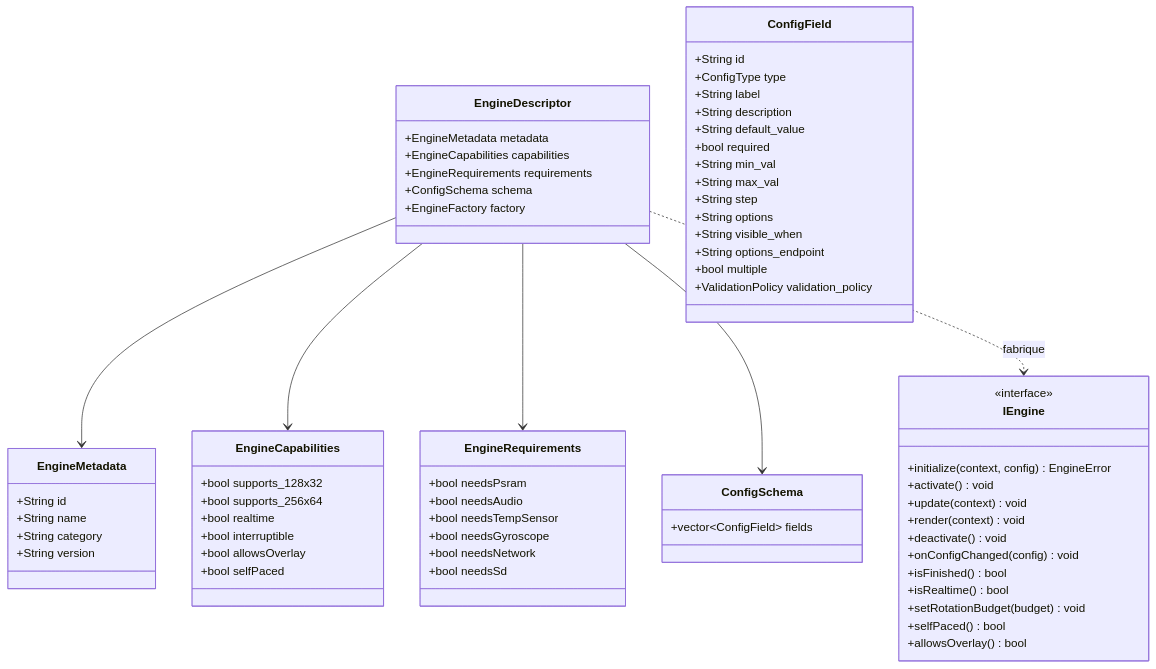
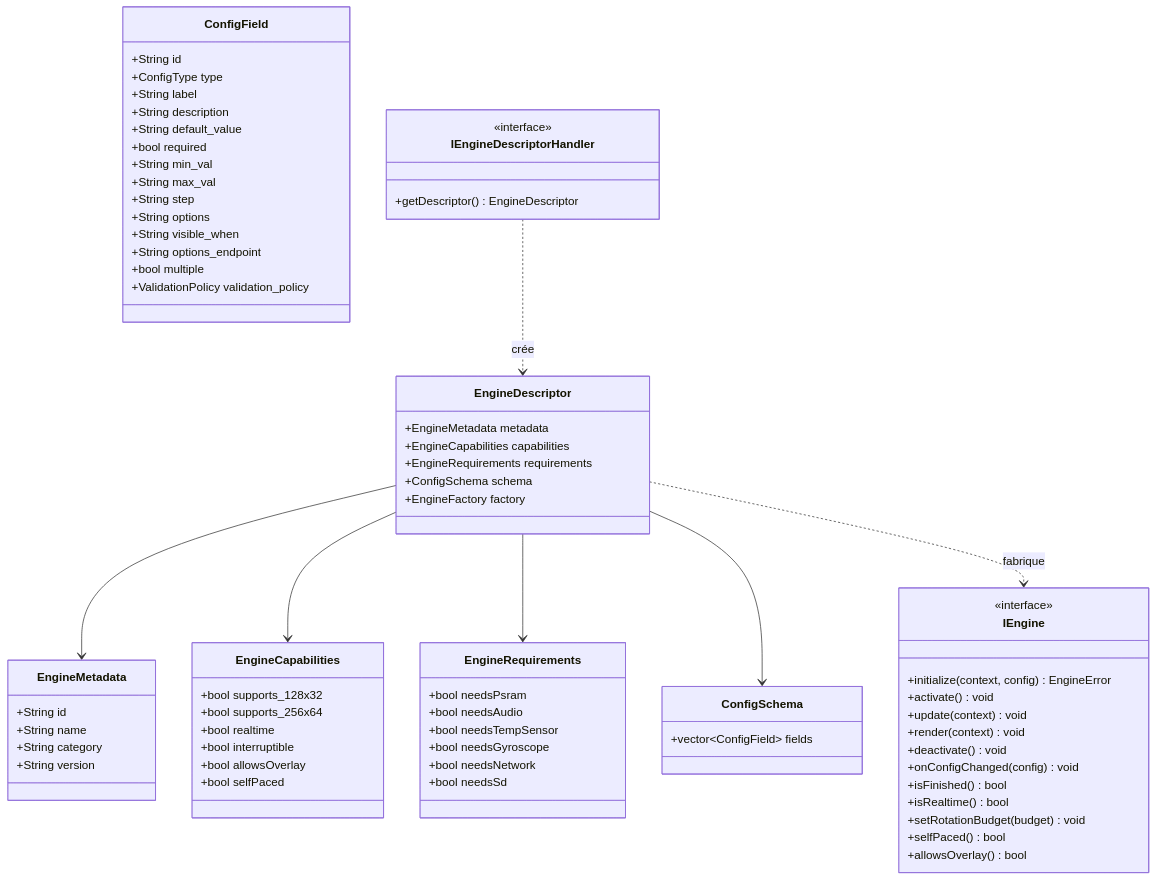
The second of 4 diagrams in docs/ARCHITECTURE_FR.md (red77290/ArcadeMatrix), drawn with Mermaid before and after one commit. The commit also changed other lines of this file and 29 other files, not shown here.

Commit message:
refactor(engines): modularize engine registration with IEngineDescriptorHandler and update docs

````diff
--- a/docs/ARCHITECTURE_FR.md
+++ b/docs/ARCHITECTURE_FR.md
@@ -153,9 +153,15 @@
         +ValidationPolicy validation_policy
     }
 
+    class IEngineDescriptorHandler {
+        <<interface>>
+        +getDescriptor() EngineDescriptor
+    }
+
     EngineDescriptor --> EngineMetadata
     EngineDescriptor --> EngineCapabilities
     EngineDescriptor --> EngineRequirements
     EngineDescriptor --> ConfigSchema
     EngineDescriptor ..> IEngine : fabrique
+    IEngineDescriptorHandler ..> EngineDescriptor : crée
 ```
````
